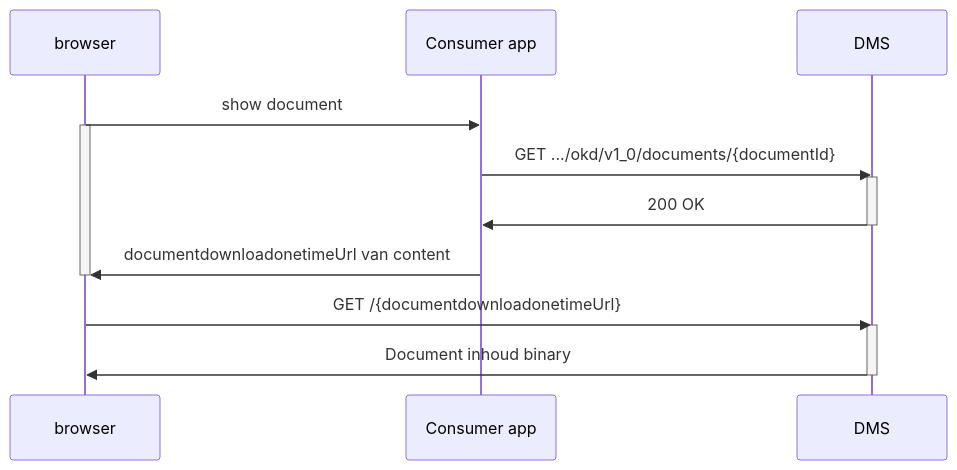
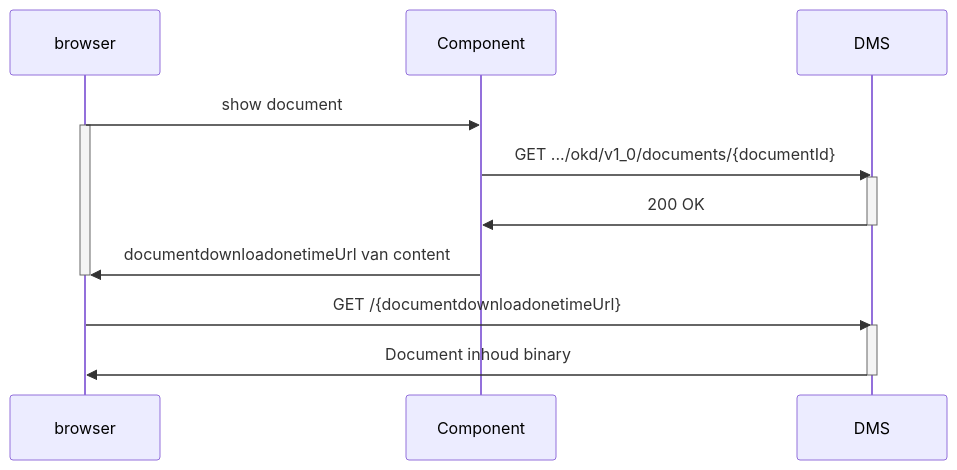
Before and after one commit to Onderwijs-Koppelingen-OKx/OKD-Document-Management: the second of 2 diagrams in doc/flow-x.md, drawn with Mermaid. The commit also changed other lines of this file and 10 other files, not shown here.

Commit message:
Documentation update, flow details, authentication

````diff
--- a/doc/flow-x.md
+++ b/doc/flow-x.md
@@ -42,18 +42,18 @@
 ```mermaid
 sequenceDiagram
     participant browser
-    participant Consumer app
+    participant Component
     participant DMS
-    browser ->> Consumer app: show document
+    browser ->> Component: show document
     activate browser
-    Consumer app->>DMS: GET .../okd/v1_0/documents/{documentId}
+    Component->>DMS: GET .../okd/v1_0/documents/{documentId}
     activate DMS
-    DMS->>Consumer app: 200 OK
+    DMS->>Component: 200 OK
     deactivate DMS
-    Consumer app ->> browser: documentdownloadonetimeUrl van content
+    Component ->> browser: documentdownloadonetimeUrl van content
     deactivate browser
     browser->>DMS: GET /{documentdownloadonetimeUrl}
     activate DMS
     DMS->>browser: Document inhoud binary
     deactivate DMS
 ```
````
